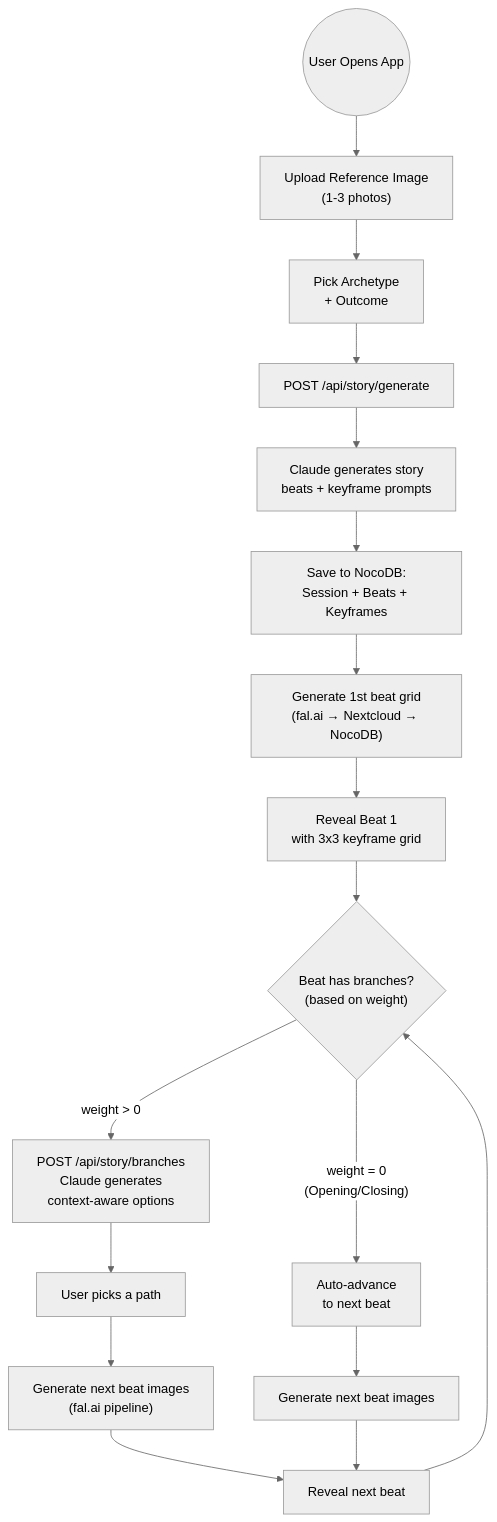
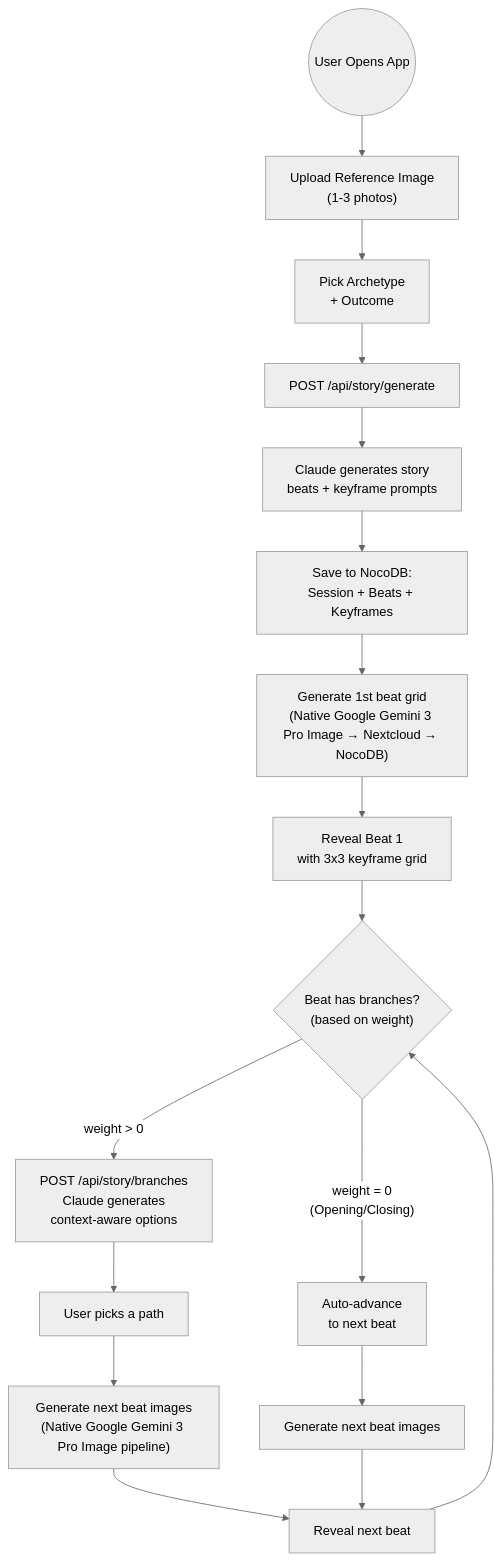
Before and after one commit to gordo-v1su4/storyception: the second of 4 diagrams in ARCHITECTURE.md, drawn with Mermaid (neutral theme). The commit also changed other lines of this file and 14 other files, not shown here.

````diff
--- a/ARCHITECTURE.md
+++ b/ARCHITECTURE.md
@@ -49,19 +49,19 @@
 ```mermaid
 flowchart TD
     Start(("User Opens App")) --> Upload["Upload Reference Image\n(1-3 photos)"]
     Upload --> Pick["Pick Archetype\n+ Outcome"]
     Pick --> Generate["POST /api/story/generate"]
     Generate --> Story["Claude generates story\nbeats + keyframe prompts"]
     Story --> SaveDB["Save to NocoDB:\nSession + Beats + Keyframes"]
-    SaveDB --> GenImg1["Generate 1st beat grid\n(fal.ai → Nextcloud → NocoDB)"]
+    SaveDB --> GenImg1["Generate 1st beat grid\n(Native Google Gemini 3 Pro Image → Nextcloud → NocoDB)"]
     GenImg1 --> Reveal["Reveal Beat 1\nwith 3x3 keyframe grid"]
     Reveal --> Branch{"Beat has branches?\n(based on weight)"}
     Branch -->|"weight = 0\n(Opening/Closing)"| AutoAdvance["Auto-advance\nto next beat"]
     Branch -->|"weight > 0"| ShowBranch["POST /api/story/branches\nClaude generates\ncontext-aware options"]
     ShowBranch --> UserPick["User picks a path"]
-    UserPick --> GenNext["Generate next beat images\n(fal.ai pipeline)"]
+    UserPick --> GenNext["Generate next beat images\n(Native Google Gemini 3 Pro Image pipeline)"]
     GenNext --> RevealNext["Reveal next beat"]
     RevealNext --> Branch
     AutoAdvance --> GenNext2["Generate next beat images"]
     GenNext2 --> RevealNext
 ```
````
